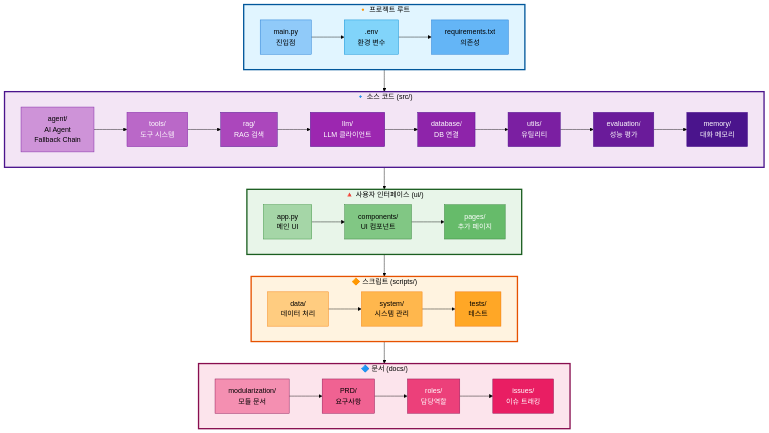
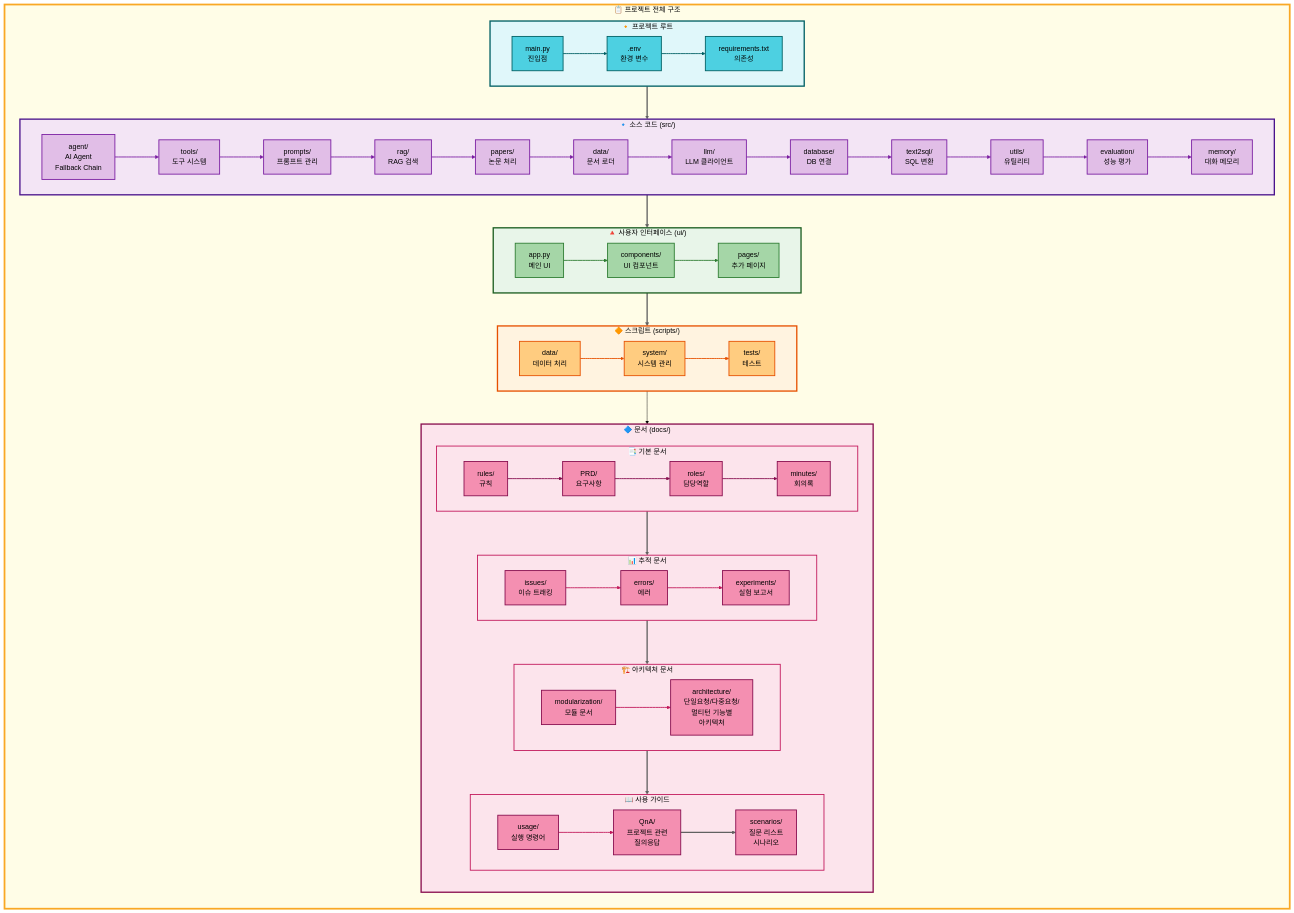
Before and after one commit to AIBootcamp14/langchainproject-new-langchainproject_5: the first of 3 diagrams in docs/modularization/01_프로젝트_구조.md, drawn with Mermaid (forest theme). The commit also changed other lines of this file, not shown here.

First line of the commit message:
docs: Agent 실행 상세 중복 섹션 제거

````diff
--- a/docs/modularization/01_프로젝트_구조.md
+++ b/docs/modularization/01_프로젝트_구조.md
@@ -24,81 +24,146 @@
 ```mermaid
 graph TB
-    subgraph Root["🔸 프로젝트 루트"]
-        direction LR
-        Main[main.py<br/>진입점] --> Config[.env<br/>환경 변수]
-        Config --> Req[requirements.txt<br/>의존성]
+    subgraph MainFlow["📋 프로젝트 전체 구조"]
+        direction TB
+
+        subgraph Root["🔸 프로젝트 루트"]
+            direction LR
+            Main[main.py<br/>진입점] --> Config[.env<br/>환경 변수]
+            Config --> Req[requirements.txt<br/>의존성]
+        end
+
+        subgraph Source["🔹 소스 코드 (src/)"]
+            direction LR
+            Agent[agent/<br/>AI Agent<br/>Fallback Chain] --> Tools[tools/<br/>도구 시스템]
+            Tools --> Prompts[prompts/<br/>프롬프트 관리]
+            Prompts --> RAG[rag/<br/>RAG 검색]
+            RAG --> Papers[papers/<br/>논문 처리]
+            Papers --> DataLoader[data/<br/>문서 로더]
+            DataLoader --> LLM[llm/<br/>LLM 클라이언트]
+            LLM --> DB[database/<br/>DB 연결]
+            DB --> Text2SQL[text2sql/<br/>SQL 변환]
+            Text2SQL --> Utils[utils/<br/>유틸리티]
+            Utils --> Eval[evaluation/<br/>성능 평가]
+            Eval --> Mem[memory/<br/>대화 메모리]
+        end
+
+        subgraph UI["🔺 사용자 인터페이스 (ui/)"]
+            direction LR
+            App[app.py<br/>메인 UI] --> Comp[components/<br/>UI 컴포넌트]
+            Comp --> Pages[pages/<br/>추가 페이지]
+        end
+
+        subgraph Scripts["🔶 스크립트 (scripts/)"]
+            direction LR
+            DataScript[data/<br/>데이터 처리] --> System[system/<br/>시스템 관리]
+            System --> Tests[tests/<br/>테스트]
+        end
+
+        subgraph Docs["🔷 문서 (docs/)"]
+            direction TB
+
+            subgraph DocsBasic["📑 기본 문서"]
+                direction LR
+                Rules[rules/<br/>규칙] --> PRD2[PRD/<br/>요구사항]
+                PRD2 --> Roles[roles/<br/>담당역할]
+                Roles --> Minutes[minutes/<br/>회의록]
+            end
+
+            subgraph DocsTracking["📊 추적 문서"]
+                direction LR
+                Issues[issues/<br/>이슈 트래킹] --> Errors[errors/<br/>에러]
+                Errors --> Experiments[experiments/<br/>실험 보고서]
+            end
+
+            subgraph DocsArch["🏗️ 아키텍처 문서"]
+                direction LR
+                Mod[modularization/<br/>모듈 문서] --> Arch[architecture/<br/>단일요청/다중요청/<br/>멀티턴 기능별<br/>아키텍처]
+            end
+
+            subgraph DocsUsage["📖 사용 가이드"]
+                direction LR
+                Usage[usage/<br/>실행 명령어] --> QnA[QnA/<br/>프로젝트 관련<br/>질의응답]
+                QnA --> Scenarios[scenarios/<br/>질문 리스트<br/>시나리오]
+            end
+
+            DocsBasic --> DocsTracking
+            DocsTracking --> DocsArch
+            DocsArch --> DocsUsage
+        end
+
+        Root --> Source
+        Source --> UI
+        UI --> Scripts
+        Scripts --> Docs
     end
 
-    subgraph Source["🔹 소스 코드 (src/)"]
-        direction LR
-        Agent[agent/<br/>AI Agent<br/>Fallback Chain] --> Tools[tools/<br/>도구 시스템]
-        Tools --> RAG[rag/<br/>RAG 검색]
-        RAG --> LLM[llm/<br/>LLM 클라이언트]
-        LLM --> DB[database/<br/>DB 연결]
-        DB --> Utils[utils/<br/>유틸리티]
-        Utils --> Eval[evaluation/<br/>성능 평가]
-        Eval --> Mem[memory/<br/>대화 메모리]
-    end
+    %% 메인 워크플로우 배경
+    style MainFlow fill:#fffde7,stroke:#f9a825,stroke-width:4px,color:#000
 
-    subgraph UI["🔺 사용자 인터페이스 (ui/)"]
-        direction LR
-        App[app.py<br/>메인 UI] --> Comp[components/<br/>UI 컴포넌트]
-        Comp --> Pages[pages/<br/>추가 페이지]
-    end
-
-    subgraph Scripts["🔶 스크립트 (scripts/)"]
-        direction LR
-        Data[data/<br/>데이터 처리] --> System[system/<br/>시스템 관리]
-        System --> Tests[tests/<br/>테스트]
-    end
-
-    subgraph Docs["🔷 문서 (docs/)"]
-        direction LR
-        Mod[modularization/<br/>모듈 문서] --> PRD2[PRD/<br/>요구사항]
-        PRD2 --> Roles[roles/<br/>담당역할]
-        Roles --> Issues[issues/<br/>이슈 트래킹]
-    end
-
-    Root --> Source
-    Source --> UI
-    UI --> Scripts
-    Scripts --> Docs
-
-    %% Subgraph 스타일
-    style Root fill:#e1f5ff,stroke:#01579b,stroke-width:3px,color:#000
+    %% Subgraph 스타일 (상위 레벨)
+    style Root fill:#e0f7fa,stroke:#006064,stroke-width:3px,color:#000
     style Source fill:#f3e5f5,stroke:#4a148c,stroke-width:3px,color:#000
     style UI fill:#e8f5e9,stroke:#1b5e20,stroke-width:3px,color:#000
     style Scripts fill:#fff3e0,stroke:#e65100,stroke-width:3px,color:#000
     style Docs fill:#fce4ec,stroke:#880e4f,stroke-width:3px,color:#000
 
-    %% 노드 스타일 (프로젝트 루트 - 파랑 계열)
-    style Main fill:#90caf9,stroke:#1976d2,color:#000
-    style Config fill:#81d4fa,stroke:#0288d1,color:#000
-    style Req fill:#64b5f6,stroke:#1976d2,color:#000
+    %% Subgraph 스타일 (문서 하위 레벨)
+    style DocsBasic fill:#fce4ec,stroke:#c2185b,stroke-width:2px,color:#000
+    style DocsTracking fill:#fce4ec,stroke:#c2185b,stroke-width:2px,color:#000
+    style DocsArch fill:#fce4ec,stroke:#c2185b,stroke-width:2px,color:#000
+    style DocsUsage fill:#fce4ec,stroke:#c2185b,stroke-width:2px,color:#000
+
+    %% 노드 스타일 (프로젝트 루트 - 청록 계열)
+    style Main fill:#4dd0e1,stroke:#006064,stroke-width:2px,color:#000
+    style Config fill:#4dd0e1,stroke:#006064,stroke-width:2px,color:#000
+    style Req fill:#4dd0e1,stroke:#006064,stroke-width:2px,color:#000
 
     %% 노드 스타일 (소스 코드 - 보라 계열)
-    style Agent fill:#ce93d8,stroke:#7b1fa2,color:#000
-    style Tools fill:#ba68c8,stroke:#7b1fa2,color:#fff
-    style RAG fill:#ab47bc,stroke:#4a148c,color:#fff
-    style LLM fill:#9c27b0,stroke:#4a148c,color:#fff
-    style DB fill:#8e24aa,stroke:#4a148c,color:#fff
-    style Utils fill:#7b1fa2,stroke:#4a148c,color:#fff
-    style Eval fill:#6a1b9a,stroke:#4a148c,color:#fff
-    style Mem fill:#4a148c,stroke:#4a148c,color:#fff
+    style Agent fill:#e1bee7,stroke:#7b1fa2,stroke-width:2px,color:#000
+    style Tools fill:#e1bee7,stroke:#7b1fa2,stroke-width:2px,color:#000
+    style Prompts fill:#e1bee7,stroke:#7b1fa2,stroke-width:2px,color:#000
+    style RAG fill:#e1bee7,stroke:#7b1fa2,stroke-width:2px,color:#000
+    style Papers fill:#e1bee7,stroke:#7b1fa2,stroke-width:2px,color:#000
+    style DataLoader fill:#e1bee7,stroke:#7b1fa2,stroke-width:2px,color:#000
+    style LLM fill:#e1bee7,stroke:#7b1fa2,stroke-width:2px,color:#000
+    style DB fill:#e1bee7,stroke:#7b1fa2,stroke-width:2px,color:#000
+    style Text2SQL fill:#e1bee7,stroke:#7b1fa2,stroke-width:2px,color:#000
+    style Utils fill:#e1bee7,stroke:#7b1fa2,stroke-width:2px,color:#000
+    style Eval fill:#e1bee7,stroke:#7b1fa2,stroke-width:2px,color:#000
+    style Mem fill:#e1bee7,stroke:#7b1fa2,stroke-width:2px,color:#000
 
     %% 노드 스타일 (UI - 녹색 계열)
-    style App fill:#a5d6a7,stroke:#388e3c,color:#000
-    style Comp fill:#81c784,stroke:#2e7d32,color:#000
-    style Pages fill:#66bb6a,stroke:#2e7d32,color:#fff
+    style App fill:#a5d6a7,stroke:#2e7d32,stroke-width:2px,color:#000
+    style Comp fill:#a5d6a7,stroke:#2e7d32,stroke-width:2px,color:#000
+    style Pages fill:#a5d6a7,stroke:#2e7d32,stroke-width:2px,color:#000
 
     %% 노드 스타일 (스크립트 - 주황 계열)
-    style Data fill:#ffcc80,stroke:#f57c00,color:#000
-    style System fill:#ffb74d,stroke:#f57c00,color:#000
-    style Tests fill:#ffa726,stroke:#ef6c00,color:#000
+    style DataScript fill:#ffcc80,stroke:#e65100,stroke-width:2px,color:#000
+    style System fill:#ffcc80,stroke:#e65100,stroke-width:2px,color:#000
+    style Tests fill:#ffcc80,stroke:#e65100,stroke-width:2px,color:#000
 
     %% 노드 스타일 (문서 - 분홍 계열)
-    style Mod fill:#f48fb1,stroke:#880e4f,color:#000
-    style PRD2 fill:#f06292,stroke:#880e4f,color:#000
-    style Roles fill:#ec407a,stroke:#880e4f,color:#fff
-    style Issues fill:#e91e63,stroke:#880e4f,color:#fff
+    style Rules fill:#f48fb1,stroke:#880e4f,stroke-width:2px,color:#000
+    style PRD2 fill:#f48fb1,stroke:#880e4f,stroke-width:2px,color:#000
+    style Roles fill:#f48fb1,stroke:#880e4f,stroke-width:2px,color:#000
+    style Minutes fill:#f48fb1,stroke:#880e4f,stroke-width:2px,color:#000
+    style Issues fill:#f48fb1,stroke:#880e4f,stroke-width:2px,color:#000
+    style Errors fill:#f48fb1,stroke:#880e4f,stroke-width:2px,color:#000
+    style Experiments fill:#f48fb1,stroke:#880e4f,stroke-width:2px,color:#000
+    style Mod fill:#f48fb1,stroke:#880e4f,stroke-width:2px,color:#000
+    style Arch fill:#f48fb1,stroke:#880e4f,stroke-width:2px,color:#000
+    style Usage fill:#f48fb1,stroke:#880e4f,stroke-width:2px,color:#000
+    style QnA fill:#f48fb1,stroke:#880e4f,stroke-width:2px,color:#000
+    style Scenarios fill:#f48fb1,stroke:#880e4f,stroke-width:2px,color:#000
+
+    %% 연결선 스타일
+    linkStyle 0,1 stroke:#006064,stroke-width:2px
+    linkStyle 2,3,4,5,6,7,8,9,10,11,12 stroke:#7b1fa2,stroke-width:2px
+    linkStyle 13,14 stroke:#2e7d32,stroke-width:2px
+    linkStyle 15,16 stroke:#e65100,stroke-width:2px
+    linkStyle 17,18,19 stroke:#880e4f,stroke-width:2px
+    linkStyle 20,21 stroke:#c2185b,stroke-width:2px
+    linkStyle 22,23 stroke:#c2185b,stroke-width:2px
+    linkStyle 24,25,26 stroke:#616161,stroke-width:3px
+    linkStyle 27,28,29,30 stroke:#616161,stroke-width:3px
 ```
````
